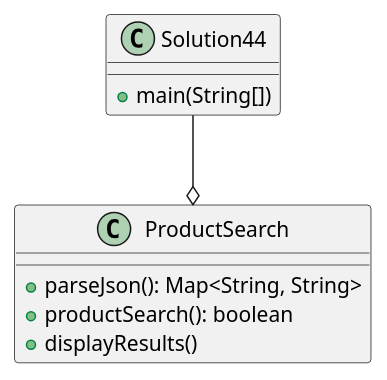
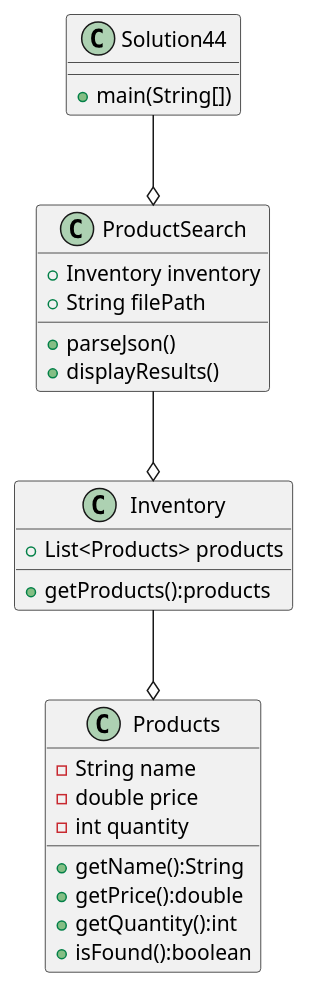
One commit to jad714/davis-a04 changed the diagram in exercise44/docs/Exercise44.puml. Above: the diagram before and after it, drawn with PlantUML. The commit also changed 17 other files, not shown here.

```diff
--- a/exercise44/docs/Exercise44.puml
+++ b/exercise44/docs/Exercise44.puml
@@ -1,14 +1,34 @@
 @startuml
 'https://plantuml.com/sequence-diagram
 Class Solution44{
     +main(String[])
 }
 
 Class ProductSearch{
-    +parseJson(): Map<String, String>
-    +productSearch(): boolean
+    +Inventory inventory
+    +String filePath
+    +parseJson()
     +displayResults()
 }
 
+Class Products{
+    -String name
+    -double price
+    -int quantity
+    +getName():String
+    +getPrice():double
+    +getQuantity():int
+    +isFound():boolean
+}
+
+Class Inventory{
+    +List<Products> products
+    +getProducts():products
+}
+
+
+
 Solution44 --o ProductSearch
+ProductSearch --o Inventory
+Inventory --o Products
 @enduml
```
